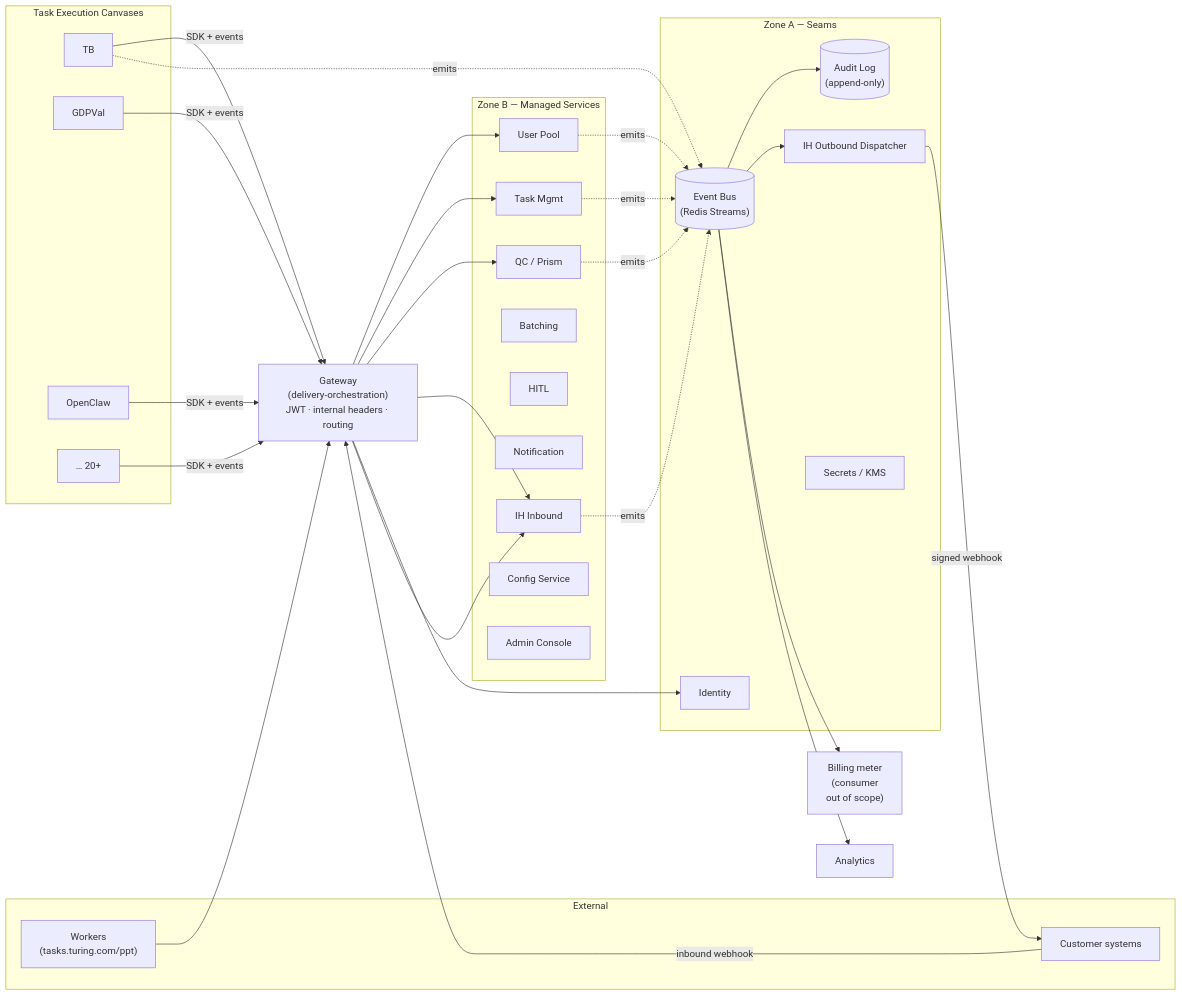
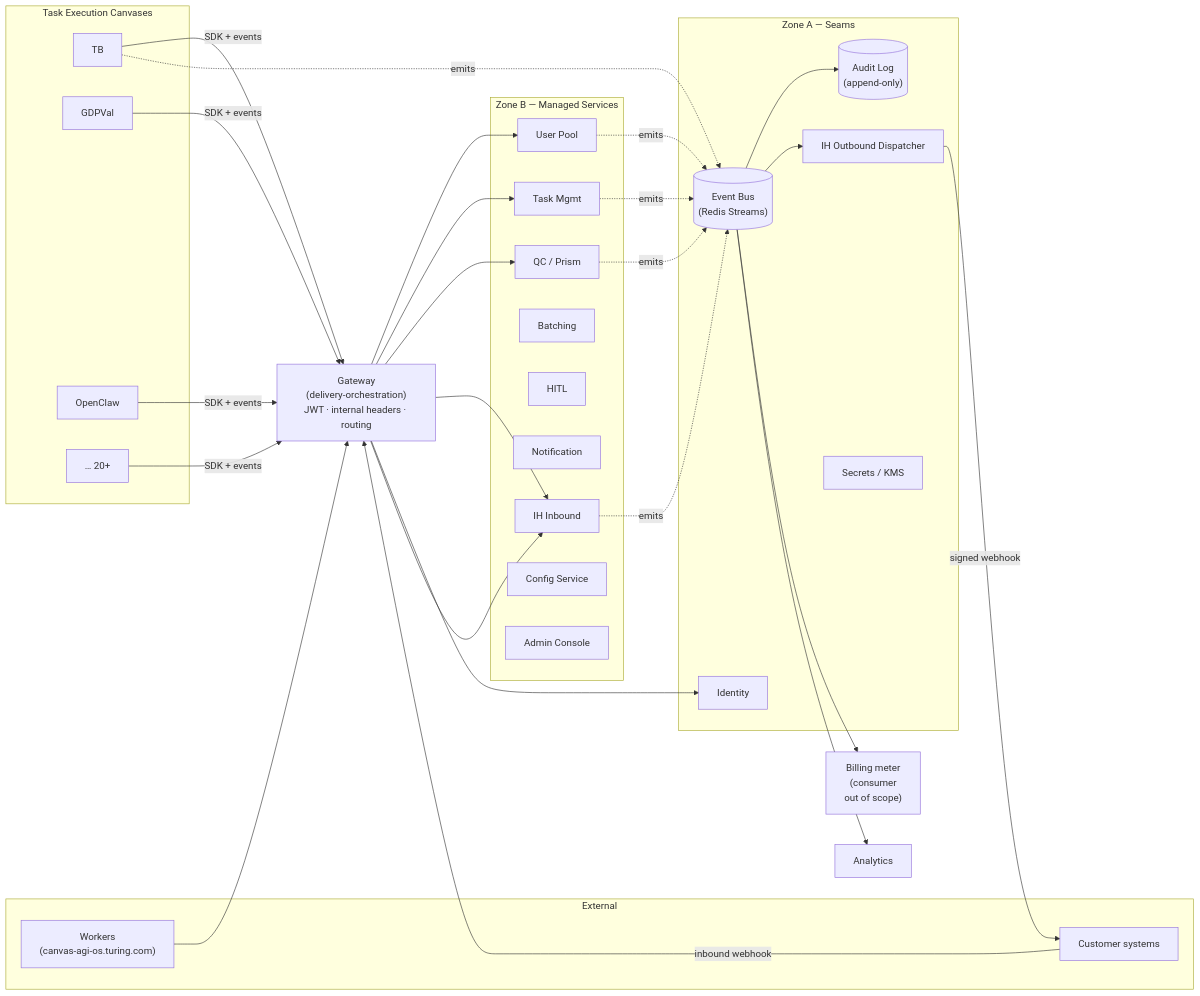
The second of 4 diagrams in AGIOS_PLATFORM/PLATFORM_DESIGN.md (ashutosh-turing/turing-platform-design-doc), drawn with Mermaid before and after one commit. The commit also changed other lines of this file and 3 other files, not shown here.

First line of the commit message:
refactor: AGI-OS platform documentation and architecture

````diff
--- a/AGIOS_PLATFORM/PLATFORM_DESIGN.md
+++ b/AGIOS_PLATFORM/PLATFORM_DESIGN.md
@@ -465,63 +465,63 @@
 ```mermaid
 flowchart LR
     subgraph Canvases["Task Execution Canvases"]
         TB[TB]
         GDPVal[GDPVal]
         OpenClaw[OpenClaw]
         More["… 20+"]
     end
 
     subgraph External["External"]
         Cust[Customer systems]
-        Workers["Workers<br/>(tasks.turing.com/ppt)"]
+        Workers["Workers<br/>(canvas-agi-os.turing.com)"]
     end
 
     GW["Gateway<br/>(delivery-orchestration)<br/>JWT · internal headers · routing"]
 
     subgraph ZoneA["Zone A — Seams"]
         Bus[("Event Bus<br/>(Redis Streams)")]
         Audit[("Audit Log<br/>(append-only)")]
         IdSvc[Identity]
         IHOut[IH Outbound Dispatcher]
         Secrets[Secrets / KMS]
     end
 
     subgraph ZoneB["Zone B — Managed Services"]
         Pool[User Pool]
         TaskMgmt[Task Mgmt]
         QC[QC / Prism]
         Batch[Batching]
         HITL[HITL]
         Notif[Notification]
         IHIn[IH Inbound]
         Config[Config Service]
         Admin[Admin Console]
     end
 
     Workers --> GW
     TB -- SDK + events --> GW
     GDPVal -- SDK + events --> GW
     OpenClaw -- SDK + events --> GW
     More -- SDK + events --> GW
 
     GW --> Pool
     GW --> TaskMgmt
     GW --> QC
     GW --> IHIn
     GW --> IdSvc
 
     TaskMgmt -. emits .-> Bus
     Pool -. emits .-> Bus
     QC -. emits .-> Bus
     TB -. emits .-> Bus
     IHIn -. emits .-> Bus
 
     Bus --> Audit
     Bus --> IHOut
     Bus --> Billing["Billing meter<br/>(consumer<br/>out of scope)"]
     Bus --> Analytics["Analytics"]
 
     IHOut -- signed webhook --> Cust
     Cust -- inbound webhook --> GW
     GW --> IHIn
 ```
````
